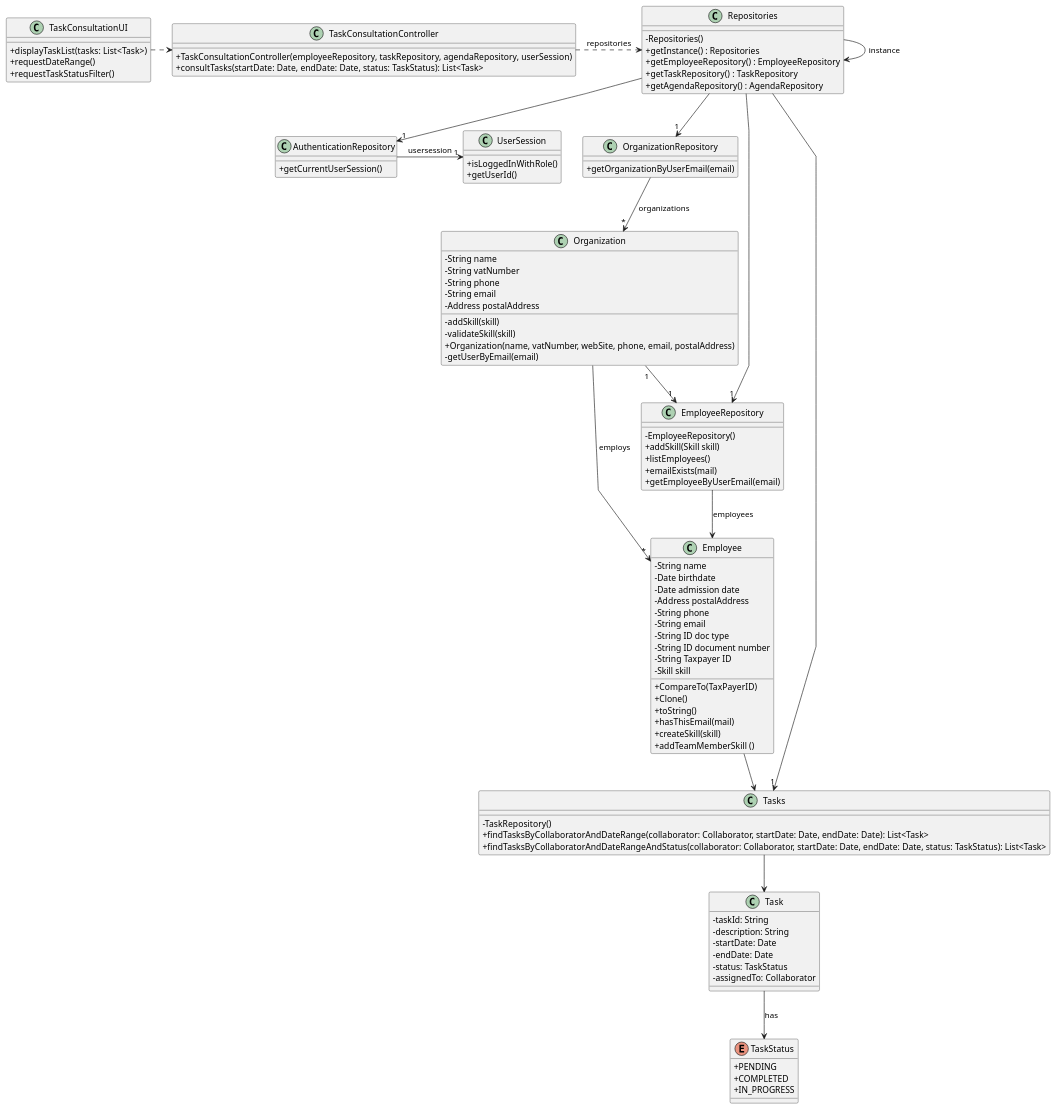
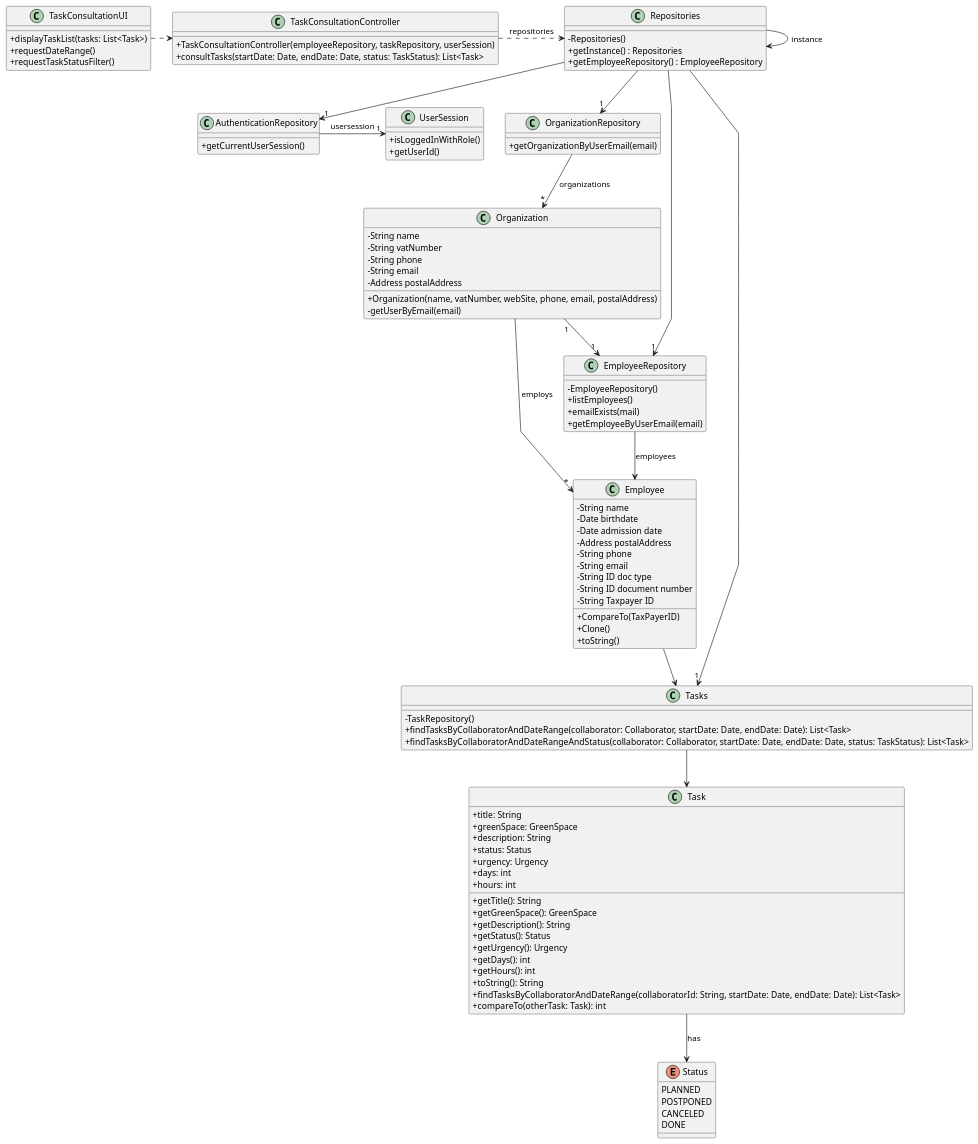
The diagram in docs/sprintC/US028/03.design/puml/us028-class-diagram.puml (Mendoncaa/LAPR2), drawn with PlantUML before and after one commit. The commit also changed 1 other file, not shown here.

Commit message:
Update class diagram (US28 and US29)

```diff
--- a/docs/sprintC/US028/03.design/puml/us028-class-diagram.puml
+++ b/docs/sprintC/US028/03.design/puml/us028-class-diagram.puml
@@ -1,126 +1,130 @@
 @startuml
 'skinparam monochrome true
 skinparam packageStyle rectangle
 skinparam shadowing false
 skinparam linetype polyline
 'skinparam linetype orto
 
 skinparam classAttributeIconSize 0
 
 'left to right direction
 
 
 class TaskConsultationUI {
     + displayTaskList(tasks: List<Task>)
     + requestDateRange()
     + requestTaskStatusFilter()
 }
 
 class TaskConsultationController {
-    + TaskConsultationController(employeeRepository, taskRepository, agendaRepository, userSession)
+    + TaskConsultationController(employeeRepository, taskRepository, userSession)
     + consultTasks(startDate: Date, endDate: Date, status: TaskStatus): List<Task>
 }
 
 class Repositories {
     - Repositories()
     + getInstance() : Repositories
     + getEmployeeRepository() : EmployeeRepository
-    + getTaskRepository() : TaskRepository
-    + getAgendaRepository() : AgendaRepository
 }
 
 class OrganizationRepository {
     + getOrganizationByUserEmail(email)
 }
 
 class Organization {
     - String name
     - String vatNumber
     - String phone
     - String email
     - Address postalAddress
-    - addSkill(skill)
-    - validateSkill(skill)
     + Organization(name, vatNumber, webSite, phone, email, postalAddress)
     - getUserByEmail(email)
 }
 
 class AuthenticationRepository {
     + getCurrentUserSession()
 }
 
 class UserSession {
     + isLoggedInWithRole()
     + getUserId()
 }
 
 class EmployeeRepository {
     - EmployeeRepository()
-    + addSkill(Skill skill)
     + listEmployees()
     + emailExists(mail)
     + getEmployeeByUserEmail(email)
 }
 
 class Employee {
     - String name
     - Date birthdate
     - Date admission date
     - Address postalAddress
     - String phone
     - String email
     - String ID doc type
     - String ID document number
     - String Taxpayer ID
-    - Skill skill
     + CompareTo(TaxPayerID)
     + Clone()
     + toString()
-    + hasThisEmail(mail)
-    + createSkill(skill)
-    + addTeamMemberSkill ()
 }
 
 
 class Tasks {
     - TaskRepository()
     + findTasksByCollaboratorAndDateRange(collaborator: Collaborator, startDate: Date, endDate: Date): List<Task>
     + findTasksByCollaboratorAndDateRangeAndStatus(collaborator: Collaborator, startDate: Date, endDate: Date, status: TaskStatus): List<Task>
 }
 
 class Task {
-    - taskId: String
-    - description: String
-    - startDate: Date
-    - endDate: Date
-    - status: TaskStatus
-    - assignedTo: Collaborator
+    + title: String
+    + greenSpace: GreenSpace
+    + description: String
+    + status: Status
+    + urgency: Urgency
+    + days: int
+    + hours: int
+    + getTitle(): String
+    + getGreenSpace(): GreenSpace
+    + getDescription(): String
+    + getStatus(): Status
+    + getUrgency(): Urgency
+    + getDays(): int
+    + getHours(): int
+    + toString(): String
+    + findTasksByCollaboratorAndDateRange(collaboratorId: String, startDate: Date, endDate: Date): List<Task>
+    + compareTo(otherTask: Task): int
 }
 
-enum TaskStatus {
-    + PENDING
-    + COMPLETED
-    + IN_PROGRESS
+
+enum Status {
+    PLANNED
+    POSTPONED
+    CANCELED
+    DONE
 }
 
 
 
 
 
 Repositories -> Repositories : instance
 TaskConsultationUI .> TaskConsultationController
 Repositories --> "1" OrganizationRepository
 OrganizationRepository --> "*" Organization : organizations
 Organization "1" --> "1" EmployeeRepository
 Organization  --> "*" Employee : employs
 TaskConsultationController .> Repositories : repositories
 Repositories --> "1" AuthenticationRepository
 Repositories --> "1" EmployeeRepository
 Repositories --> "1" Tasks
 AuthenticationRepository -> "1" UserSession : usersession
 EmployeeRepository --> Employee : employees
 Tasks--> Task
-Task --> TaskStatus : has
+Task --> Status : has
 Employee --> Tasks
 
 @enduml
```
